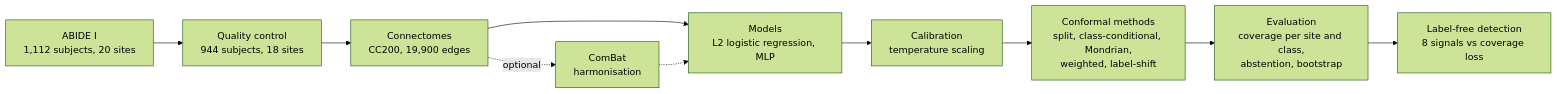
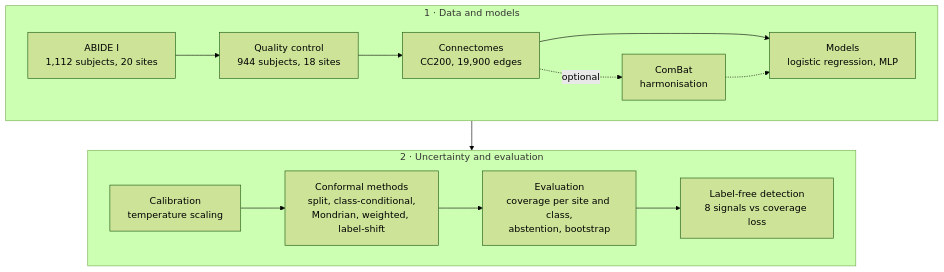
Before and after one commit to amarilokmane1-code/shiftguard: the diagram in README.md, drawn with Mermaid (forest theme).

Commit message:
README: pipeline diagram in two readable rows

````diff
--- a/README.md
+++ b/README.md
@@ -67,12 +67,18 @@
 ```mermaid
-flowchart LR
-    A["ABIDE I<br/>1,112 subjects, 20 sites"] --> B["Quality control<br/>944 subjects, 18 sites"]
-    B --> C["Connectomes<br/>CC200, 19,900 edges"]
-    C -. optional .-> H["ComBat<br/>harmonisation"]
-    C --> D["Models<br/>L2 logistic regression, MLP"]
-    H -.-> D
-    D --> E["Calibration<br/>temperature scaling"]
-    E --> F["Conformal methods<br/>split, class-conditional, Mondrian,<br/>weighted, label-shift"]
-    F --> G["Evaluation<br/>coverage per site and class,<br/>abstention, bootstrap"]
-    G --> I["Label-free detection<br/>8 signals vs coverage loss"]
+flowchart TB
+    subgraph data ["1 · Data and models"]
+        direction LR
+        A["ABIDE I<br/>1,112 subjects, 20 sites"] --> B["Quality control<br/>944 subjects, 18 sites"]
+        B --> C["Connectomes<br/>CC200, 19,900 edges"]
+        C -. optional .-> H["ComBat<br/>harmonisation"]
+        C --> D["Models<br/>logistic regression, MLP"]
+        H -.-> D
+    end
+    subgraph analysis ["2 · Uncertainty and evaluation"]
+        direction LR
+        E["Calibration<br/>temperature scaling"] --> F["Conformal methods<br/>split, class-conditional,<br/>Mondrian, weighted, label-shift"]
+        F --> G["Evaluation<br/>coverage per site and class,<br/>abstention, bootstrap"]
+        G --> I["Label-free detection<br/>8 signals vs coverage loss"]
+    end
+    data --> analysis
 ```
````
